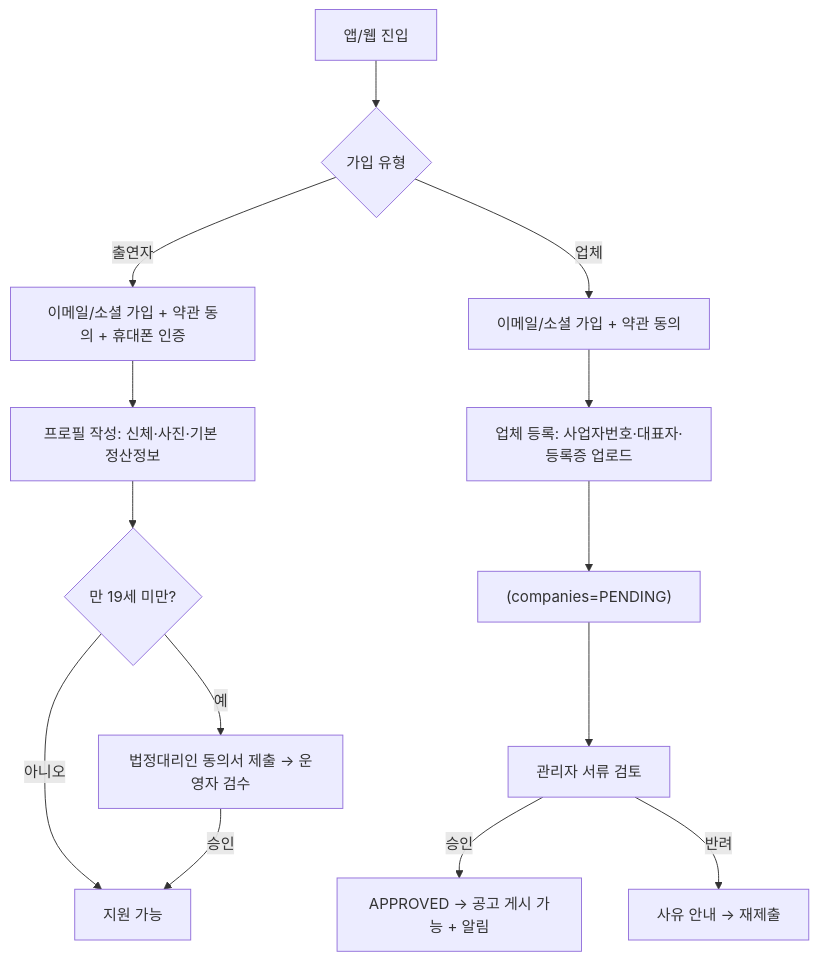
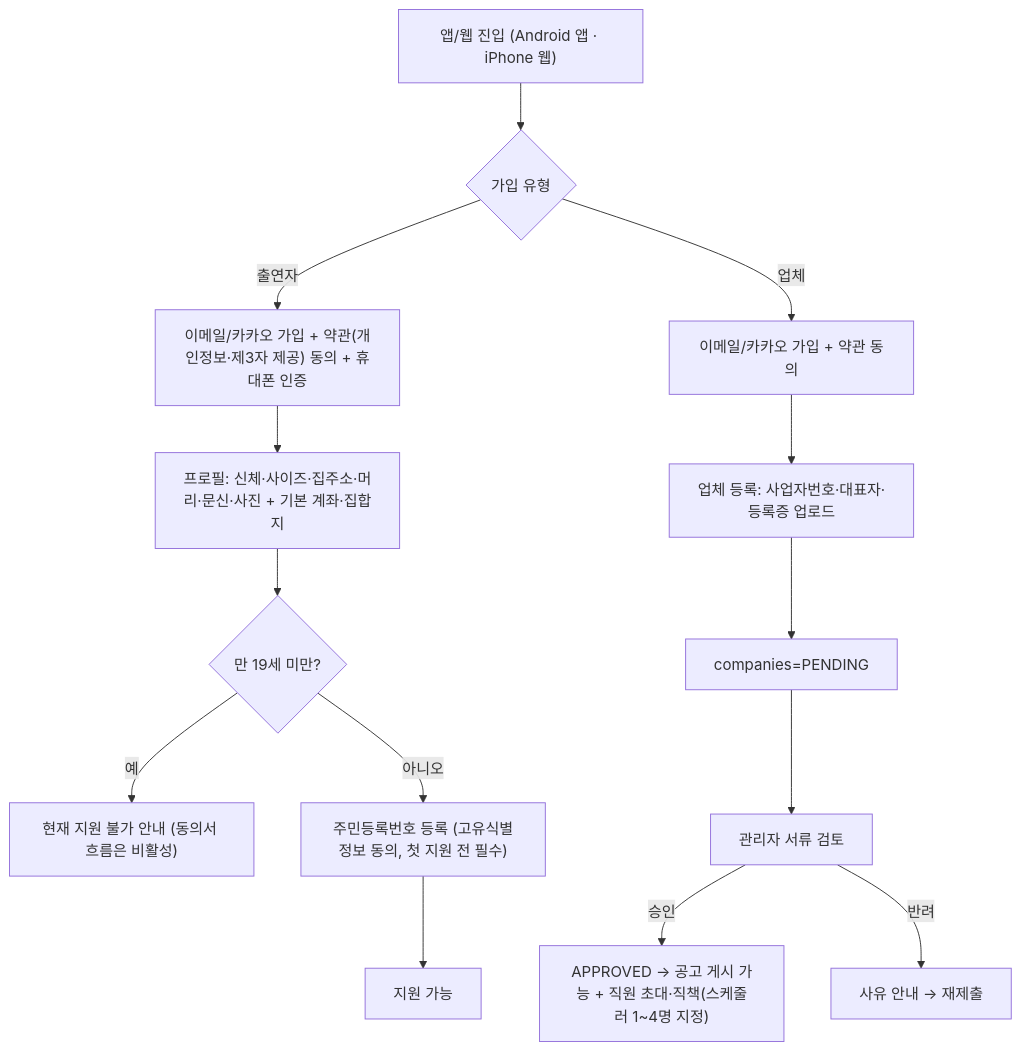
Before and after one commit to 7fsikMinQ/O: the first of 12 diagrams in docs/02_프로세스정의서.md, drawn with Mermaid. The commit also changed other lines of this file and 38 other files, not shown here.

````diff
--- a/docs/02_프로세스정의서.md
+++ b/docs/02_프로세스정의서.md
@@ -12,16 +12,16 @@
 ```mermaid
 flowchart TD
-  A["앱/웹 진입"] --> B{가입 유형}
-  B -->|출연자| C["이메일/소셜 가입 + 약관 동의 + 휴대폰 인증"]
-  B -->|업체| D["이메일/소셜 가입 + 약관 동의"]
-  C --> E[프로필 작성: 신체·사진·기본 정산정보]
-  E --> F{만 19세 미만?}
-  F -->|예| G["법정대리인 동의서 제출 → 운영자 검수"]
-  F -->|아니오| H[지원 가능]
-  G -->|승인| H
-  D --> I[업체 등록: 사업자번호·대표자·등록증 업로드]
-  I --> J["(companies=PENDING)"]
-  J --> K[관리자 서류 검토]
-  K -->|승인| L["APPROVED → 공고 게시 가능 + 알림"]
-  K -->|반려| M["사유 안내 → 재제출"]
+  A["앱/웹 진입 (Android 앱 · iPhone 웹)"] --> B{"가입 유형"}
+  B -->|출연자| C["이메일/카카오 가입 + 약관(개인정보·제3자 제공) 동의 + 휴대폰 인증"]
+  B -->|업체| D["이메일/카카오 가입 + 약관 동의"]
+  C --> E["프로필: 신체·사이즈·집주소·머리·문신·사진 + 기본 계좌·집합지"]
+  E --> F{"만 19세 미만?"}
+  F -->|예| G["현재 지원 불가 안내 (동의서 흐름은 비활성)"]
+  F -->|아니오| H["주민등록번호 등록 (고유식별정보 동의, 첫 지원 전 필수)"]
+  H --> I["지원 가능"]
+  D --> J["업체 등록: 사업자번호·대표자·등록증 업로드"]
+  J --> K["companies=PENDING"]
+  K --> L["관리자 서류 검토"]
+  L -->|승인| M["APPROVED → 공고 게시 가능 + 직원 초대·직책(스케줄러 1~4명 지정)"]
+  L -->|반려| N["사유 안내 → 재제출"]
 ```
````
